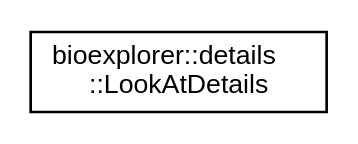
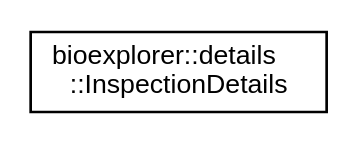
The diagram in docs/inherit_graph_30.dot (BlueBrain/BioExplorer), drawn with Graphviz before and after one commit. The commit also changed 256 other files, not shown here.

```diff
--- a/docs/inherit_graph_30.dot
+++ b/docs/inherit_graph_30.dot
@@ -1,8 +1,8 @@
 digraph "Graphical Class Hierarchy"
 {
  // LATEX_PDF_SIZE
   edge [fontname="Helvetica",fontsize="10",labelfontname="Helvetica",labelfontsize="10"];
   node [fontname="Helvetica",fontsize="10",shape=record];
   rankdir="LR";
-  Node0 [label="bioexplorer::details\l::LookAtDetails",height=0.2,width=0.4,color="black", fillcolor="white", style="filled",URL="$dd/d4c/structbioexplorer_1_1details_1_1LookAtDetails.html",tooltip=" "];
+  Node0 [label="bioexplorer::details\l::InspectionDetails",height=0.2,width=0.4,color="black", fillcolor="white", style="filled",URL="$dd/dc0/structbioexplorer_1_1details_1_1InspectionDetails.html",tooltip=" "];
 }
```
